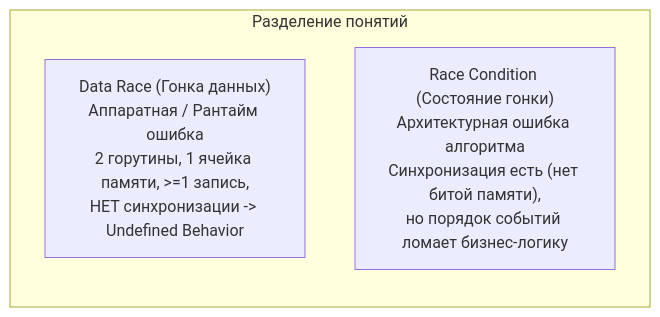
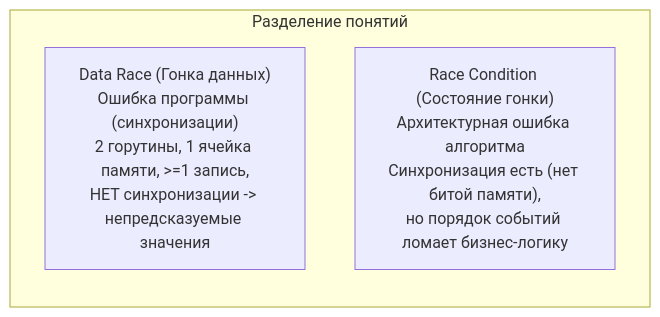
Before and after one commit to UnrealTemplier/go-textbook-ru: the second of 3 diagrams in sources/5. Учебник по Go (Основы и синтаксис)/42. Race Condition и Go Memory Model.md, drawn with Mermaid. The commit also changed other lines of this file and 43 other files, not shown here.

````diff
--- a/sources/5. Учебник по Go (Основы и синтаксис)/42. Race Condition и Go Memory Model.md
+++ b/sources/5. Учебник по Go (Основы и синтаксис)/42. Race Condition и Go Memory Model.md
@@ -62,17 +62,17 @@
 ```mermaid
 flowchart LR
     classDef process  fill:#1e293b,stroke:#38bdf8,stroke-width:1px,color:#f8fafc
     classDef success  fill:#064e3b,stroke:#34d399,stroke-width:1px,color:#f8fafc
     classDef error    fill:#7f1d1d,stroke:#f87171,stroke-width:1px,color:#f8fafc
     classDef warning  fill:#78350f,stroke:#fbbf24,stroke-width:1px,color:#f8fafc
     classDef entry    fill:#1e3a5f,stroke:#38bdf8,stroke-width:2px,color:#f8fafc
     classDef aux      fill:#334155,stroke:#64748b,stroke-width:1px,color:#f8fafc
     classDef system   fill:#312e81,stroke:#a78bfa,stroke-width:1px,color:#f8fafc
     classDef data     fill:#132d29,stroke:#2dd4bf,stroke-width:1px,color:#f8fafc
     classDef network  fill:#881337,stroke:#fb7185,stroke-width:1px,color:#f8fafc
     classDef accent   fill:#1e1b4b,stroke:#818cf8,stroke-width:1px,color:#f8fafc
     subgraph BugTypes["Разделение понятий"]
-        DR["Data Race (Гонка данных)<br>Аппаратная / Рантайм ошибка<br>2 горутины, 1 ячейка памяти, >=1 запись,<br>НЕТ синхронизации -> Undefined Behavior"]
+        DR["Data Race (Гонка данных)<br>Ошибка программы (синхронизации)<br>2 горутины, 1 ячейка памяти, >=1 запись,<br>НЕТ синхронизации -> непредсказуемые значения"]
         RC["Race Condition (Состояние гонки)<br>Архитектурная ошибка алгоритма<br>Синхронизация есть (нет битой памяти),<br>но порядок событий ломает бизнес-логику"]
     end
 ```
````
